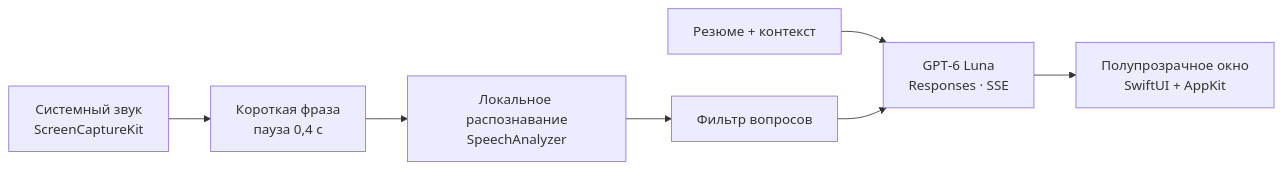
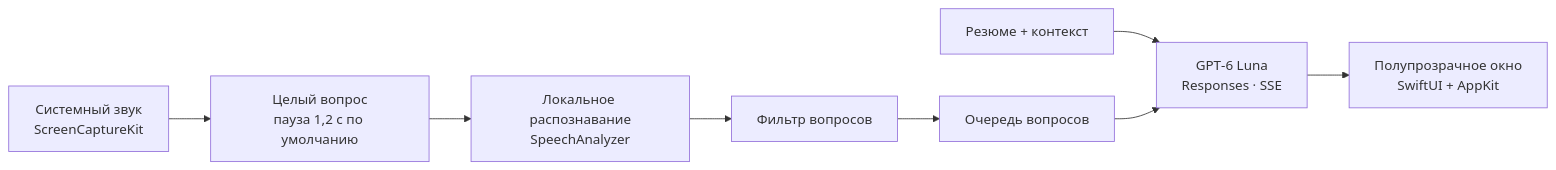
The diagram in README.md (meloch287/dakt), drawn with Mermaid before and after one commit. The commit also changed other lines of this file and 28 other files, not shown here.

````diff
--- a/README.md
+++ b/README.md
@@ -108,9 +117,10 @@
 ```mermaid
 flowchart LR
-    A["Системный звук<br/>ScreenCaptureKit"] --> B["Короткая фраза<br/>пауза 0,4 с"]
+    A["Системный звук<br/>ScreenCaptureKit"] --> B["Целый вопрос<br/>пауза 1,2 с по умолчанию"]
     B --> C["Локальное распознавание<br/>SpeechAnalyzer"]
     C --> D["Фильтр вопросов"]
     E["Резюме + контекст"] --> F["GPT‑6 Luna<br/>Responses · SSE"]
-    D --> F
+    D --> Q["Очередь вопросов"]
+    Q --> F
     F --> G["Полупрозрачное окно<br/>SwiftUI + AppKit"]
 ```
````
